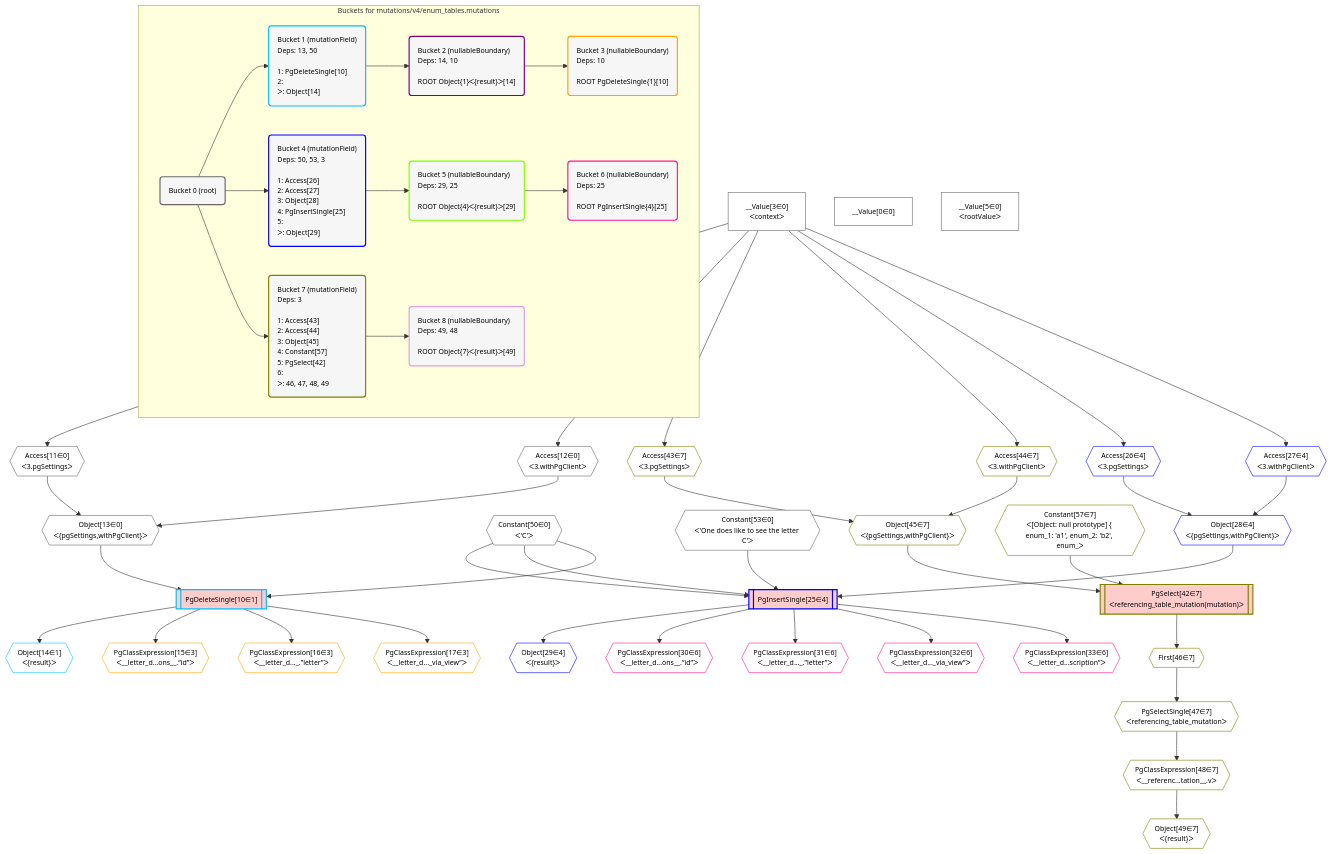
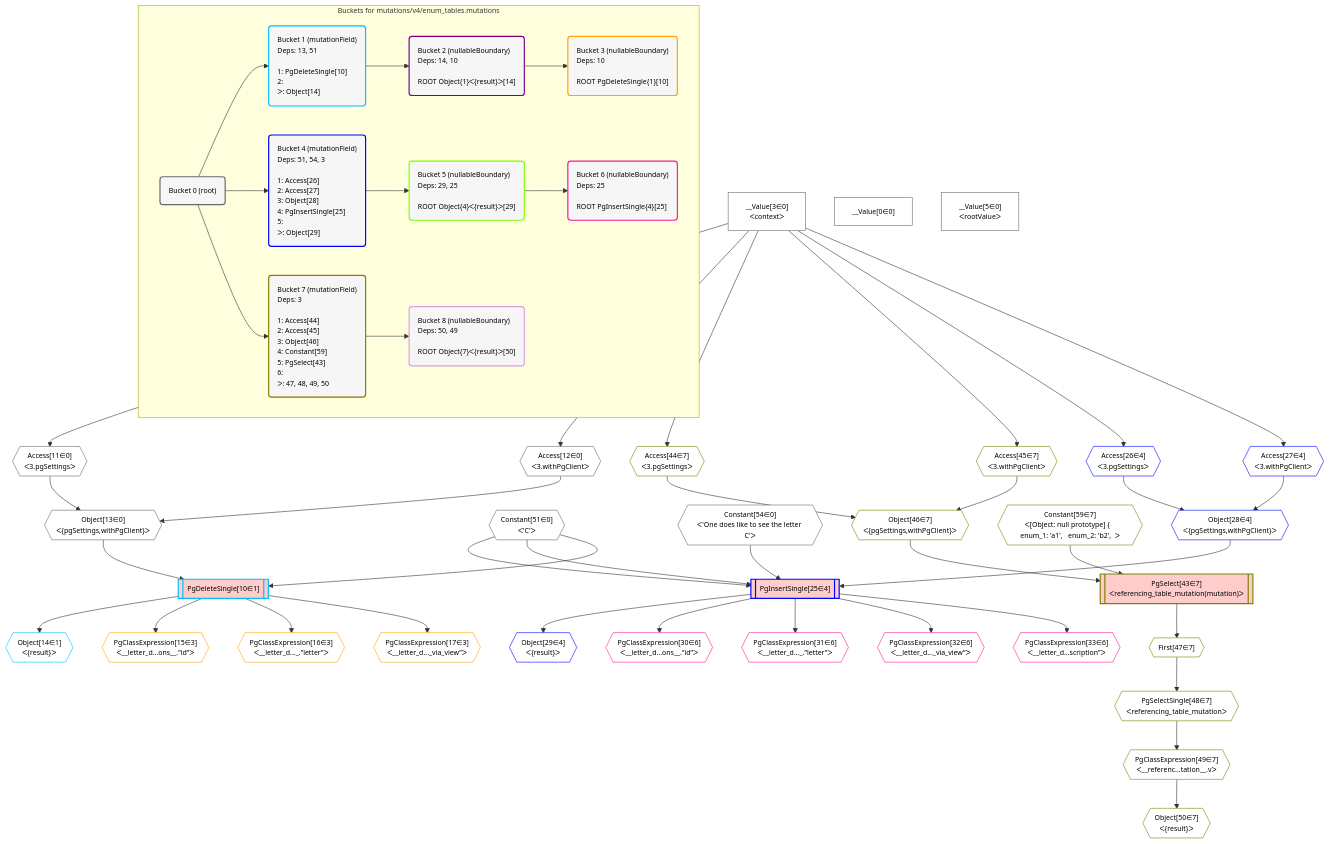
One commit to graphile/crystal changed the diagram in postgraphile/postgraphile/__tests__/mutations/v4/enum_tables.mutations.mermaid. Above: the diagram before and after it, drawn with Mermaid. The commit also changed 5 other files, not shown here.

```diff
--- a/postgraphile/postgraphile/__tests__/mutations/v4/enum_tables.mutations.mermaid
+++ b/postgraphile/postgraphile/__tests__/mutations/v4/enum_tables.mutations.mermaid
@@ -1,105 +1,105 @@
 %%{init: {'themeVariables': { 'fontSize': '12px'}}}%%
 graph TD
     classDef path fill:#eee,stroke:#000,color:#000
     classDef plan fill:#fff,stroke-width:1px,color:#000
     classDef itemplan fill:#fff,stroke-width:2px,color:#000
     classDef unbatchedplan fill:#dff,stroke-width:1px,color:#000
     classDef sideeffectplan fill:#fcc,stroke-width:2px,color:#000
     classDef bucket fill:#f6f6f6,color:#000,stroke-width:2px,text-align:left
 
 
     %% plan dependencies
     Object13{{"Object[13∈0]<br />ᐸ{pgSettings,withPgClient}ᐳ"}}:::plan
     Access11{{"Access[11∈0]<br />ᐸ3.pgSettingsᐳ"}}:::plan
     Access12{{"Access[12∈0]<br />ᐸ3.withPgClientᐳ"}}:::plan
     Access11 & Access12 --> Object13
     __Value3["__Value[3∈0]<br />ᐸcontextᐳ"]:::plan
     __Value3 --> Access11
     __Value3 --> Access12
     __Value0["__Value[0∈0]"]:::plan
     __Value5["__Value[5∈0]<br />ᐸrootValueᐳ"]:::plan
-    Constant50{{"Constant[50∈0]<br />ᐸ'C'ᐳ"}}:::plan
-    Constant53{{"Constant[53∈0]<br />ᐸ'One does like to see the letter C'ᐳ"}}:::plan
-    Object45{{"Object[45∈7]<br />ᐸ{pgSettings,withPgClient}ᐳ"}}:::plan
-    Access43{{"Access[43∈7]<br />ᐸ3.pgSettingsᐳ"}}:::plan
-    Access44{{"Access[44∈7]<br />ᐸ3.withPgClientᐳ"}}:::plan
-    Access43 & Access44 --> Object45
-    PgSelect42[["PgSelect[42∈7]<br />ᐸreferencing_table_mutation(mutation)ᐳ"]]:::sideeffectplan
-    Constant57{{"Constant[57∈7]<br />ᐸ[Object: null prototype] { enum_1: 'a1', enum_2: 'b2', enum_ᐳ"}}:::plan
-    Object45 & Constant57 --> PgSelect42
-    __Value3 --> Access43
+    Constant51{{"Constant[51∈0]<br />ᐸ'C'ᐳ"}}:::plan
+    Constant54{{"Constant[54∈0]<br />ᐸ'One does like to see the letter C'ᐳ"}}:::plan
+    Object46{{"Object[46∈7]<br />ᐸ{pgSettings,withPgClient}ᐳ"}}:::plan
+    Access44{{"Access[44∈7]<br />ᐸ3.pgSettingsᐳ"}}:::plan
+    Access45{{"Access[45∈7]<br />ᐸ3.withPgClientᐳ"}}:::plan
+    Access44 & Access45 --> Object46
+    PgSelect43[["PgSelect[43∈7]<br />ᐸreferencing_table_mutation(mutation)ᐳ"]]:::sideeffectplan
+    Constant59{{"Constant[59∈7]<br />ᐸ[Object: null prototype] {   enum_1: 'a1',   enum_2: 'b2',  ᐳ"}}:::plan
+    Object46 & Constant59 --> PgSelect43
     __Value3 --> Access44
-    First46{{"First[46∈7]"}}:::plan
-    PgSelect42 --> First46
-    PgSelectSingle47{{"PgSelectSingle[47∈7]<br />ᐸreferencing_table_mutationᐳ"}}:::plan
-    First46 --> PgSelectSingle47
-    PgClassExpression48{{"PgClassExpression[48∈7]<br />ᐸ__referenc...tation__.vᐳ"}}:::plan
-    PgSelectSingle47 --> PgClassExpression48
-    Object49{{"Object[49∈7]<br />ᐸ{result}ᐳ"}}:::plan
-    PgClassExpression48 --> Object49
+    __Value3 --> Access45
+    First47{{"First[47∈7]"}}:::plan
+    PgSelect43 --> First47
+    PgSelectSingle48{{"PgSelectSingle[48∈7]<br />ᐸreferencing_table_mutationᐳ"}}:::plan
+    First47 --> PgSelectSingle48
+    PgClassExpression49{{"PgClassExpression[49∈7]<br />ᐸ__referenc...tation__.vᐳ"}}:::plan
+    PgSelectSingle48 --> PgClassExpression49
+    Object50{{"Object[50∈7]<br />ᐸ{result}ᐳ"}}:::plan
+    PgClassExpression49 --> Object50
     PgInsertSingle25[["PgInsertSingle[25∈4]"]]:::sideeffectplan
     Object28{{"Object[28∈4]<br />ᐸ{pgSettings,withPgClient}ᐳ"}}:::plan
-    Object28 & Constant50 & Constant50 & Constant53 --> PgInsertSingle25
+    Object28 & Constant51 & Constant51 & Constant54 --> PgInsertSingle25
     Access26{{"Access[26∈4]<br />ᐸ3.pgSettingsᐳ"}}:::plan
     Access27{{"Access[27∈4]<br />ᐸ3.withPgClientᐳ"}}:::plan
     Access26 & Access27 --> Object28
     __Value3 --> Access26
     __Value3 --> Access27
     Object29{{"Object[29∈4]<br />ᐸ{result}ᐳ"}}:::plan
     PgInsertSingle25 --> Object29
     PgDeleteSingle10[["PgDeleteSingle[10∈1]"]]:::sideeffectplan
-    Object13 & Constant50 --> PgDeleteSingle10
+    Object13 & Constant51 --> PgDeleteSingle10
     Object14{{"Object[14∈1]<br />ᐸ{result}ᐳ"}}:::plan
     PgDeleteSingle10 --> Object14
     PgClassExpression15{{"PgClassExpression[15∈3]<br />ᐸ__letter_d...ons__.”id”ᐳ"}}:::plan
     PgDeleteSingle10 --> PgClassExpression15
     PgClassExpression16{{"PgClassExpression[16∈3]<br />ᐸ__letter_d..._.”letter”ᐳ"}}:::plan
     PgDeleteSingle10 --> PgClassExpression16
     PgClassExpression17{{"PgClassExpression[17∈3]<br />ᐸ__letter_d..._via_view”ᐳ"}}:::plan
     PgDeleteSingle10 --> PgClassExpression17
     PgClassExpression30{{"PgClassExpression[30∈6]<br />ᐸ__letter_d...ons__.”id”ᐳ"}}:::plan
     PgInsertSingle25 --> PgClassExpression30
     PgClassExpression31{{"PgClassExpression[31∈6]<br />ᐸ__letter_d..._.”letter”ᐳ"}}:::plan
     PgInsertSingle25 --> PgClassExpression31
     PgClassExpression32{{"PgClassExpression[32∈6]<br />ᐸ__letter_d..._via_view”ᐳ"}}:::plan
     PgInsertSingle25 --> PgClassExpression32
     PgClassExpression33{{"PgClassExpression[33∈6]<br />ᐸ__letter_d...scription”ᐳ"}}:::plan
     PgInsertSingle25 --> PgClassExpression33
 
     %% define steps
 
     subgraph "Buckets for mutations/v4/enum_tables.mutations"
     Bucket0("Bucket 0 (root)"):::bucket
     classDef bucket0 stroke:#696969
-    class Bucket0,__Value0,__Value3,__Value5,Access11,Access12,Object13,Constant50,Constant53 bucket0
-    Bucket1("Bucket 1 (mutationField)<br />Deps: 13, 50<br /><br />1: PgDeleteSingle[10]<br />2: <br />ᐳ: Object[14]"):::bucket
+    class Bucket0,__Value0,__Value3,__Value5,Access11,Access12,Object13,Constant51,Constant54 bucket0
+    Bucket1("Bucket 1 (mutationField)<br />Deps: 13, 51<br /><br />1: PgDeleteSingle[10]<br />2: <br />ᐳ: Object[14]"):::bucket
     classDef bucket1 stroke:#00bfff
     class Bucket1,PgDeleteSingle10,Object14 bucket1
     Bucket2("Bucket 2 (nullableBoundary)<br />Deps: 14, 10<br /><br />ROOT Object{1}ᐸ{result}ᐳ[14]"):::bucket
     classDef bucket2 stroke:#7f007f
     class Bucket2 bucket2
     Bucket3("Bucket 3 (nullableBoundary)<br />Deps: 10<br /><br />ROOT PgDeleteSingle{1}[10]"):::bucket
     classDef bucket3 stroke:#ffa500
     class Bucket3,PgClassExpression15,PgClassExpression16,PgClassExpression17 bucket3
-    Bucket4("Bucket 4 (mutationField)<br />Deps: 50, 53, 3<br /><br />1: Access[26]<br />2: Access[27]<br />3: Object[28]<br />4: PgInsertSingle[25]<br />5: <br />ᐳ: Object[29]"):::bucket
+    Bucket4("Bucket 4 (mutationField)<br />Deps: 51, 54, 3<br /><br />1: Access[26]<br />2: Access[27]<br />3: Object[28]<br />4: PgInsertSingle[25]<br />5: <br />ᐳ: Object[29]"):::bucket
     classDef bucket4 stroke:#0000ff
     class Bucket4,PgInsertSingle25,Access26,Access27,Object28,Object29 bucket4
     Bucket5("Bucket 5 (nullableBoundary)<br />Deps: 29, 25<br /><br />ROOT Object{4}ᐸ{result}ᐳ[29]"):::bucket
     classDef bucket5 stroke:#7fff00
     class Bucket5 bucket5
     Bucket6("Bucket 6 (nullableBoundary)<br />Deps: 25<br /><br />ROOT PgInsertSingle{4}[25]"):::bucket
     classDef bucket6 stroke:#ff1493
     class Bucket6,PgClassExpression30,PgClassExpression31,PgClassExpression32,PgClassExpression33 bucket6
-    Bucket7("Bucket 7 (mutationField)<br />Deps: 3<br /><br />1: Access[43]<br />2: Access[44]<br />3: Object[45]<br />4: Constant[57]<br />5: PgSelect[42]<br />6: <br />ᐳ: 46, 47, 48, 49"):::bucket
+    Bucket7("Bucket 7 (mutationField)<br />Deps: 3<br /><br />1: Access[44]<br />2: Access[45]<br />3: Object[46]<br />4: Constant[59]<br />5: PgSelect[43]<br />6: <br />ᐳ: 47, 48, 49, 50"):::bucket
     classDef bucket7 stroke:#808000
-    class Bucket7,PgSelect42,Access43,Access44,Object45,First46,PgSelectSingle47,PgClassExpression48,Object49,Constant57 bucket7
-    Bucket8("Bucket 8 (nullableBoundary)<br />Deps: 49, 48<br /><br />ROOT Object{7}ᐸ{result}ᐳ[49]"):::bucket
+    class Bucket7,PgSelect43,Access44,Access45,Object46,First47,PgSelectSingle48,PgClassExpression49,Object50,Constant59 bucket7
+    Bucket8("Bucket 8 (nullableBoundary)<br />Deps: 50, 49<br /><br />ROOT Object{7}ᐸ{result}ᐳ[50]"):::bucket
     classDef bucket8 stroke:#dda0dd
     class Bucket8 bucket8
     Bucket0 --> Bucket1 & Bucket4 & Bucket7
     Bucket1 --> Bucket2
     Bucket2 --> Bucket3
     Bucket4 --> Bucket5
     Bucket5 --> Bucket6
     Bucket7 --> Bucket8
     end
```
